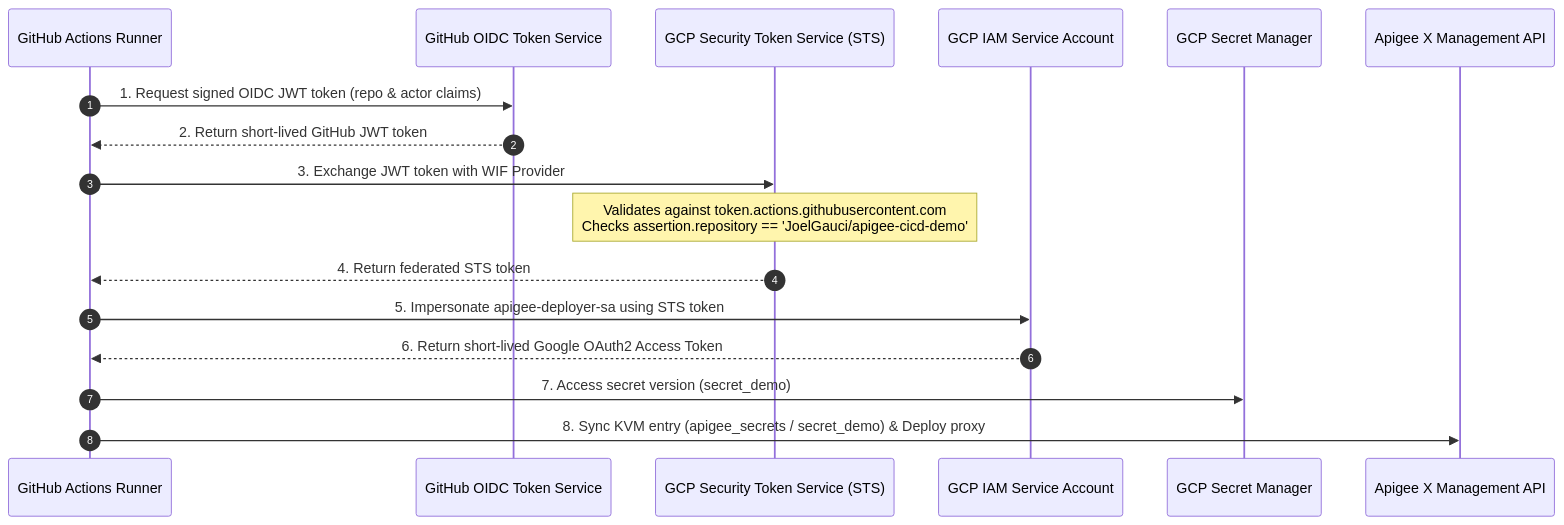
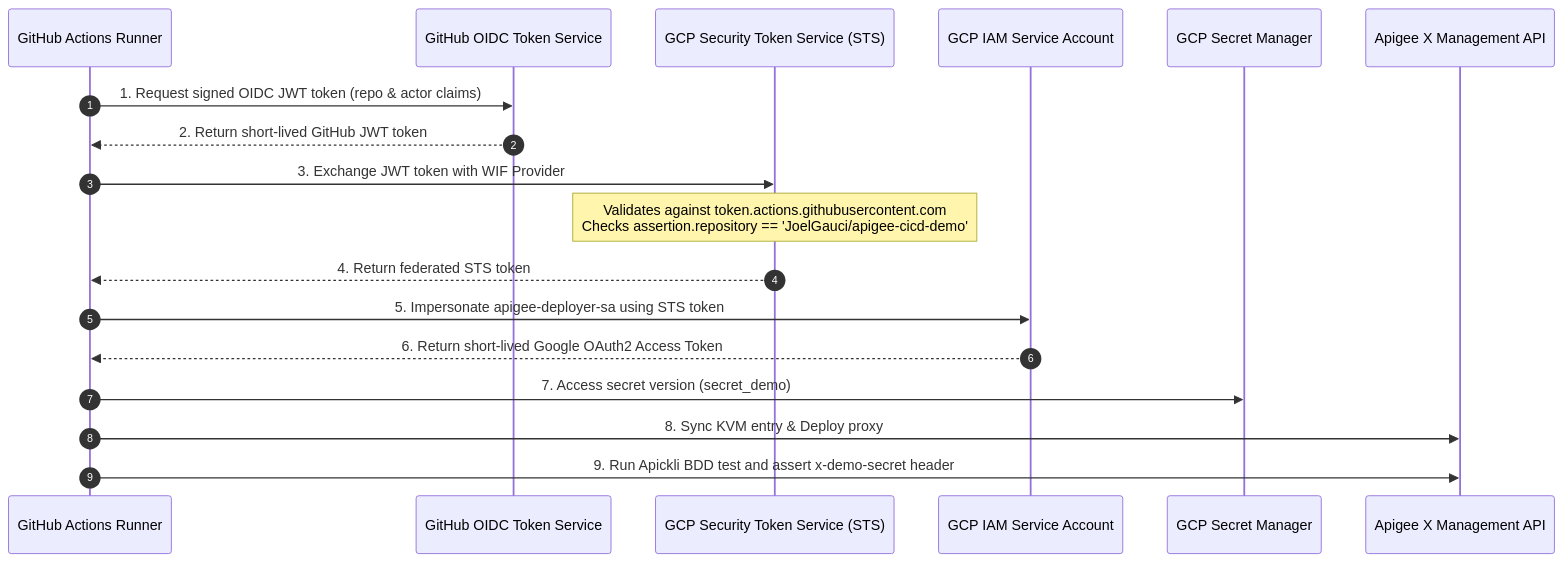
One commit to JoelGauci/apigee-cicd-demo changed the second of 2 diagrams in README.md. Above: the diagram before and after it, drawn with Mermaid. The commit also changed other lines of this file and 9 other files, not shown here.

Commit message:
feat: add Apickli BDD integration test and integrate with CI/CD pipeline

````diff
--- a/README.md
+++ b/README.md
@@ -78,20 +89,21 @@
 ```mermaid
 sequenceDiagram
     autonumber
     participant GHA as GitHub Actions Runner
     participant GHOIDC as GitHub OIDC Token Service
     participant GCPSTS as GCP Security Token Service (STS)
     participant GCPIAM as GCP IAM Service Account
     participant GSM as GCP Secret Manager
     participant Apigee as Apigee X Management API
 
     GHA->>GHOIDC: 1. Request signed OIDC JWT token (repo & actor claims)
     GHOIDC-->>GHA: 2. Return short-lived GitHub JWT token
     GHA->>GCPSTS: 3. Exchange JWT token with WIF Provider
     Note over GCPSTS: Validates against token.actions.githubusercontent.com<br/>Checks assertion.repository == 'JoelGauci/apigee-cicd-demo'
     GCPSTS-->>GHA: 4. Return federated STS token
     GHA->>GCPIAM: 5. Impersonate apigee-deployer-sa using STS token
     GCPIAM-->>GHA: 6. Return short-lived Google OAuth2 Access Token
     GHA->>GSM: 7. Access secret version (secret_demo)
-    GHA->>Apigee: 8. Sync KVM entry (apigee_secrets / secret_demo) & Deploy proxy
+    GHA->>Apigee: 8. Sync KVM entry & Deploy proxy
+    GHA->>Apigee: 9. Run Apickli BDD test and assert x-demo-secret header
 ```
````
